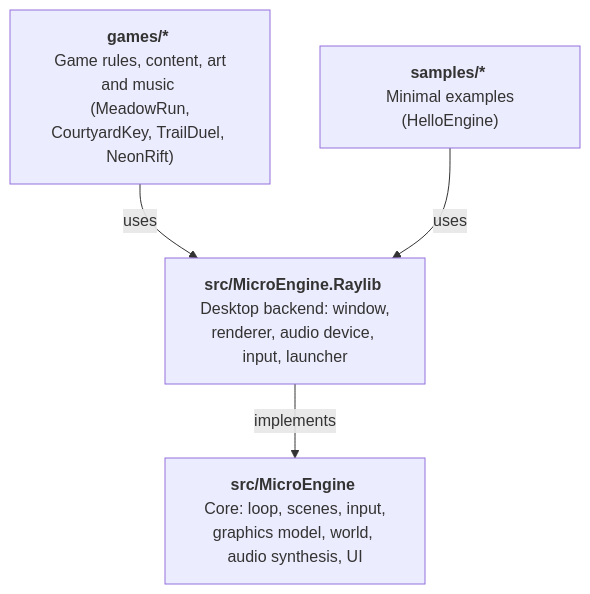
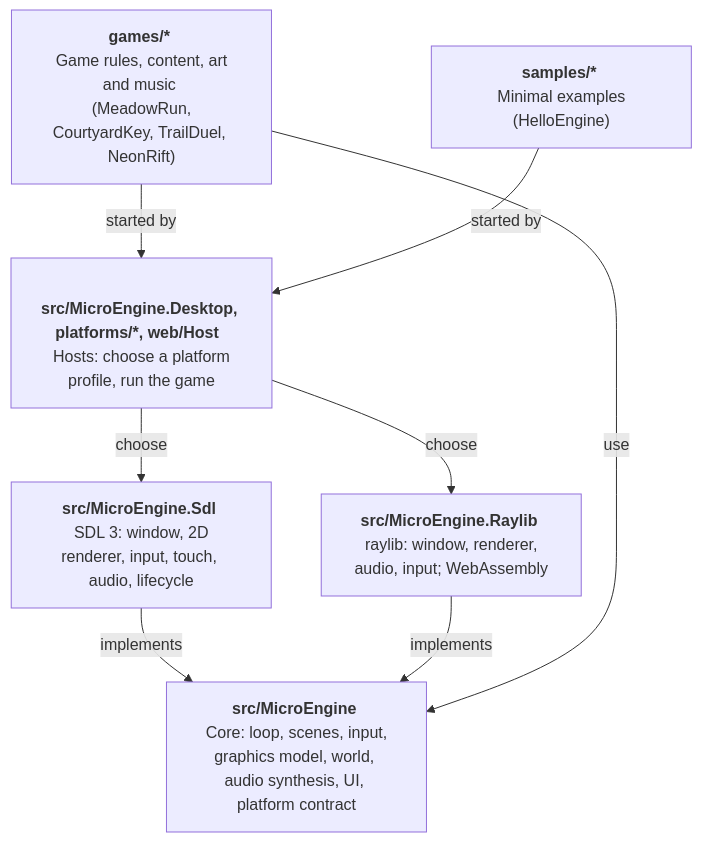
Before and after one commit to NastMz/MicroEngine: the diagram in docs/architecture.md, drawn with Mermaid. The commit also changed other lines of this file and 21 other files, not shown here.

First line of the commit message:
docs: SDL 3 platform, platform profiles and PLATFORM-3 evaluation

````diff
--- a/docs/architecture.md
+++ b/docs/architecture.md
@@ -9,12 +10,18 @@
 ```mermaid
 flowchart TB
   accTitle: Layers
-  accDescr: Games and samples use the desktop backend, which implements the core.
+  accDescr: Games and samples start through the desktop launcher, which offers the SDL and raylib backends; both implement the core's platform contract.
   games["<b> games/* </b> <br/> Game rules, content, art and music <br/> (MeadowRun, CourtyardKey, TrailDuel, NeonRift)"]
   samples["<b> samples/* </b> <br/> Minimal examples (HelloEngine)"]
-  raylib["<b> src/MicroEngine.Raylib </b> <br/> Desktop backend: window, renderer, audio device, input, launcher"]
-  core["<b> src/MicroEngine </b> <br/> Core: loop, scenes, input, graphics model, world, audio synthesis, UI"]
-  games -- uses --> raylib
-  samples -- uses --> raylib
+  hosts["<b> src/MicroEngine.Desktop, platforms/*, web/Host </b> <br/> Hosts: choose a platform profile, run the game"]
+  sdl["<b> src/MicroEngine.Sdl </b> <br/> SDL 3: window, 2D renderer, input, touch, audio, lifecycle"]
+  raylib["<b> src/MicroEngine.Raylib </b> <br/> raylib: window, renderer, audio, input; WebAssembly"]
+  core["<b> src/MicroEngine </b> <br/> Core: loop, scenes, input, graphics model, world, audio synthesis, UI, platform contract"]
+  games -- started by --> hosts
+  samples -- started by --> hosts
+  hosts -- choose --> sdl
+  hosts -- choose --> raylib
+  sdl -- implements --> core
   raylib -- implements --> core
+  games -- use --> core
 ```
````
